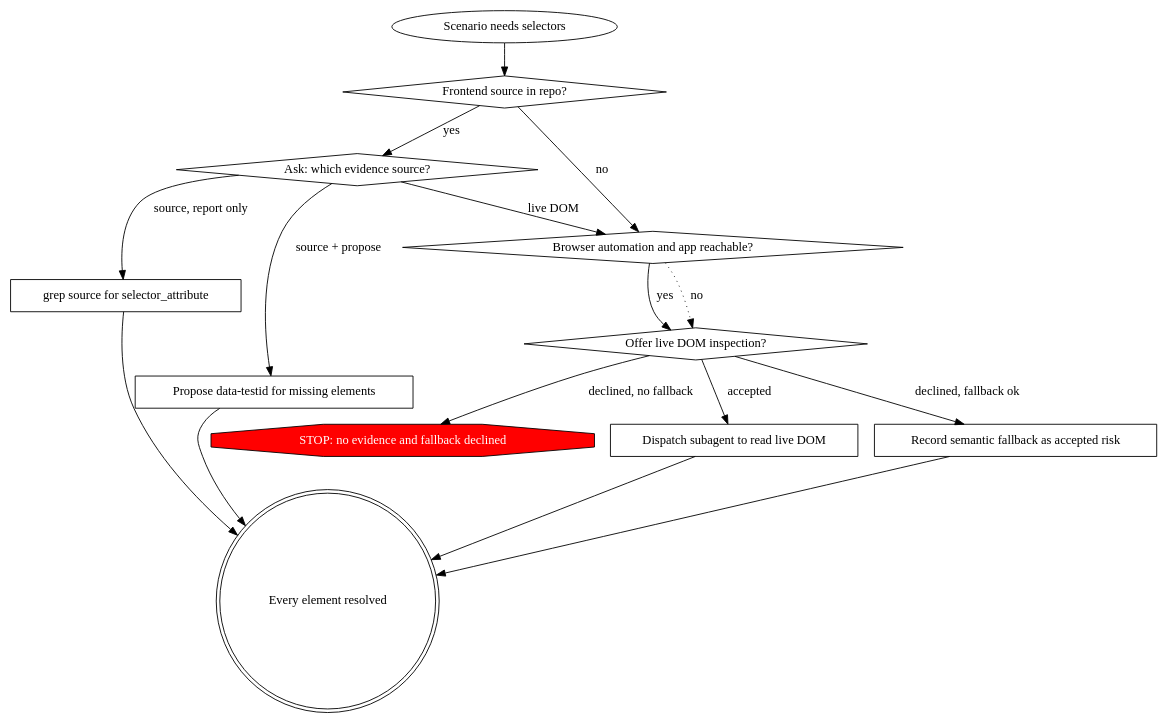
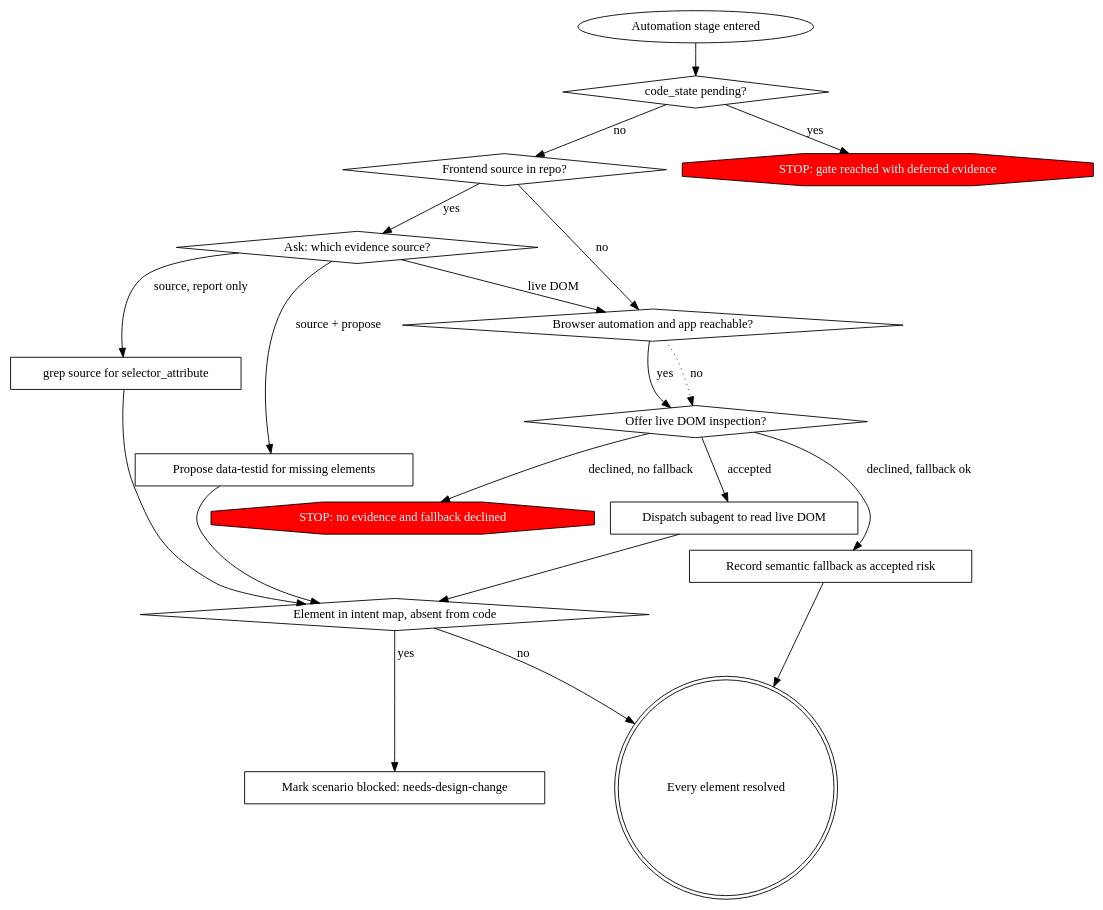
Before and after one commit to chuongxl/agents-skills: the diagram in speckit-qa-auto/references/shared/selector-verification.md, drawn with Graphviz. The commit also changed other lines of this file and 14 other files, not shown here.

````diff
--- a/speckit-qa-auto/references/shared/selector-verification.md
+++ b/speckit-qa-auto/references/shared/selector-verification.md
@@ -30,34 +75,43 @@
 ```dot
 digraph selector_resolution {
-    "Scenario needs selectors" [shape=ellipse];
+    "Automation stage entered" [shape=ellipse];
+    "code_state pending?" [shape=diamond];
     "Frontend source in repo?" [shape=diamond];
     "Ask: which evidence source?" [shape=diamond];
     "Browser automation and app reachable?" [shape=diamond];
     "Offer live DOM inspection?" [shape=diamond];
     "grep source for selector_attribute" [shape=box];
     "Propose data-testid for missing elements" [shape=box];
     "Dispatch subagent to read live DOM" [shape=box];
     "Record semantic fallback as accepted risk" [shape=box];
+    "Element in intent map, absent from code" [shape=diamond];
+    "Mark scenario blocked: needs-design-change" [shape=box];
+    "STOP: gate reached with deferred evidence" [shape=octagon, style=filled, fillcolor=red, fontcolor=white];
     "STOP: no evidence and fallback declined" [shape=octagon, style=filled, fillcolor=red, fontcolor=white];
     "Every element resolved" [shape=doublecircle];
 
-    "Scenario needs selectors" -> "Frontend source in repo?";
+    "Automation stage entered" -> "code_state pending?";
+    "code_state pending?" -> "STOP: gate reached with deferred evidence" [label="yes"];
+    "code_state pending?" -> "Frontend source in repo?" [label="no"];
 
     "Frontend source in repo?" -> "Ask: which evidence source?" [label="yes"];
     "Ask: which evidence source?" -> "grep source for selector_attribute" [label="source, report only"];
     "Ask: which evidence source?" -> "Propose data-testid for missing elements" [label="source + propose"];
     "Ask: which evidence source?" -> "Browser automation and app reachable?" [label="live DOM"];
 
     "Frontend source in repo?" -> "Browser automation and app reachable?" [label="no"];
     "Browser automation and app reachable?" -> "Offer live DOM inspection?" [label="yes"];
     "Browser automation and app reachable?" -> "Offer live DOM inspection?" [label="no", style=dotted];
     "Offer live DOM inspection?" -> "Dispatch subagent to read live DOM" [label="accepted"];
     "Offer live DOM inspection?" -> "Record semantic fallback as accepted risk" [label="declined, fallback ok"];
     "Offer live DOM inspection?" -> "STOP: no evidence and fallback declined" [label="declined, no fallback"];
 
-    "grep source for selector_attribute" -> "Every element resolved";
-    "Propose data-testid for missing elements" -> "Every element resolved";
-    "Dispatch subagent to read live DOM" -> "Every element resolved";
+    "grep source for selector_attribute" -> "Element in intent map, absent from code";
+    "Propose data-testid for missing elements" -> "Element in intent map, absent from code";
+    "Dispatch subagent to read live DOM" -> "Element in intent map, absent from code";
     "Record semantic fallback as accepted risk" -> "Every element resolved";
+
+    "Element in intent map, absent from code" -> "Mark scenario blocked: needs-design-change" [label="yes"];
+    "Element in intent map, absent from code" -> "Every element resolved" [label="no"];
 }
 ```
````
